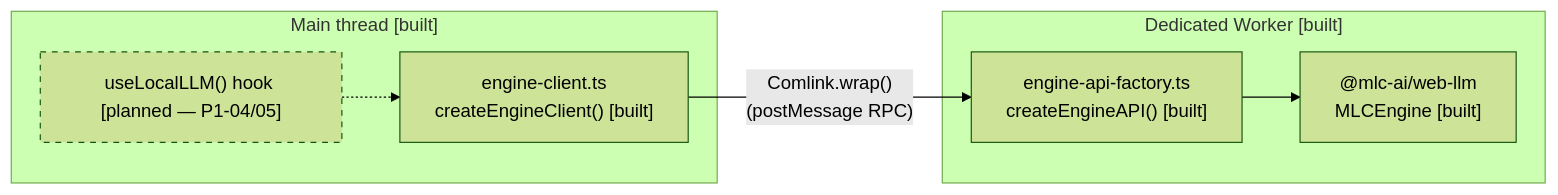
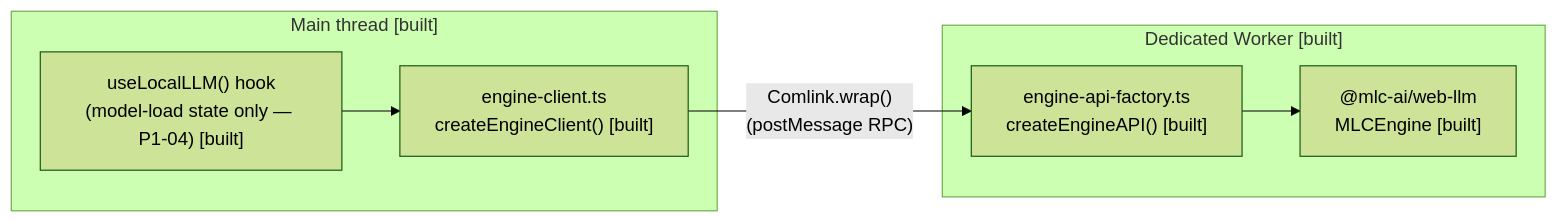
One commit to Muhammad-UmairAli/use-browser-llm changed the second of 2 diagrams in docs/architecture-diagrams.md. Above: the diagram before and after it, drawn with Mermaid (forest theme). The commit also changed other lines of this file and 8 other files, not shown here.

First line of the commit message:
P1-04: Hook state machine for model loading

````diff
--- a/docs/architecture-diagrams.md
+++ b/docs/architecture-diagrams.md
@@ -39,18 +39,16 @@
 ```mermaid
 flowchart LR
     subgraph MainThread["Main thread [built]"]
-        hook["useLocalLLM() hook [planned — P1-04/05]"]
+        hook["useLocalLLM() hook\n(model-load state only — P1-04) [built]"]
         client["engine-client.ts\ncreateEngineClient() [built]"]
-        hook -.-> client
+        hook --> client
     end
 
     subgraph Worker["Dedicated Worker [built]"]
         api["engine-api-factory.ts\ncreateEngineAPI() [built]"]
         engine["@mlc-ai/web-llm\nMLCEngine [built]"]
         api --> engine
     end
 
     client -- "Comlink.wrap<EngineAPI>()\n(postMessage RPC)" --> api
-
-    style hook stroke-dasharray: 5 5
 ```
````
